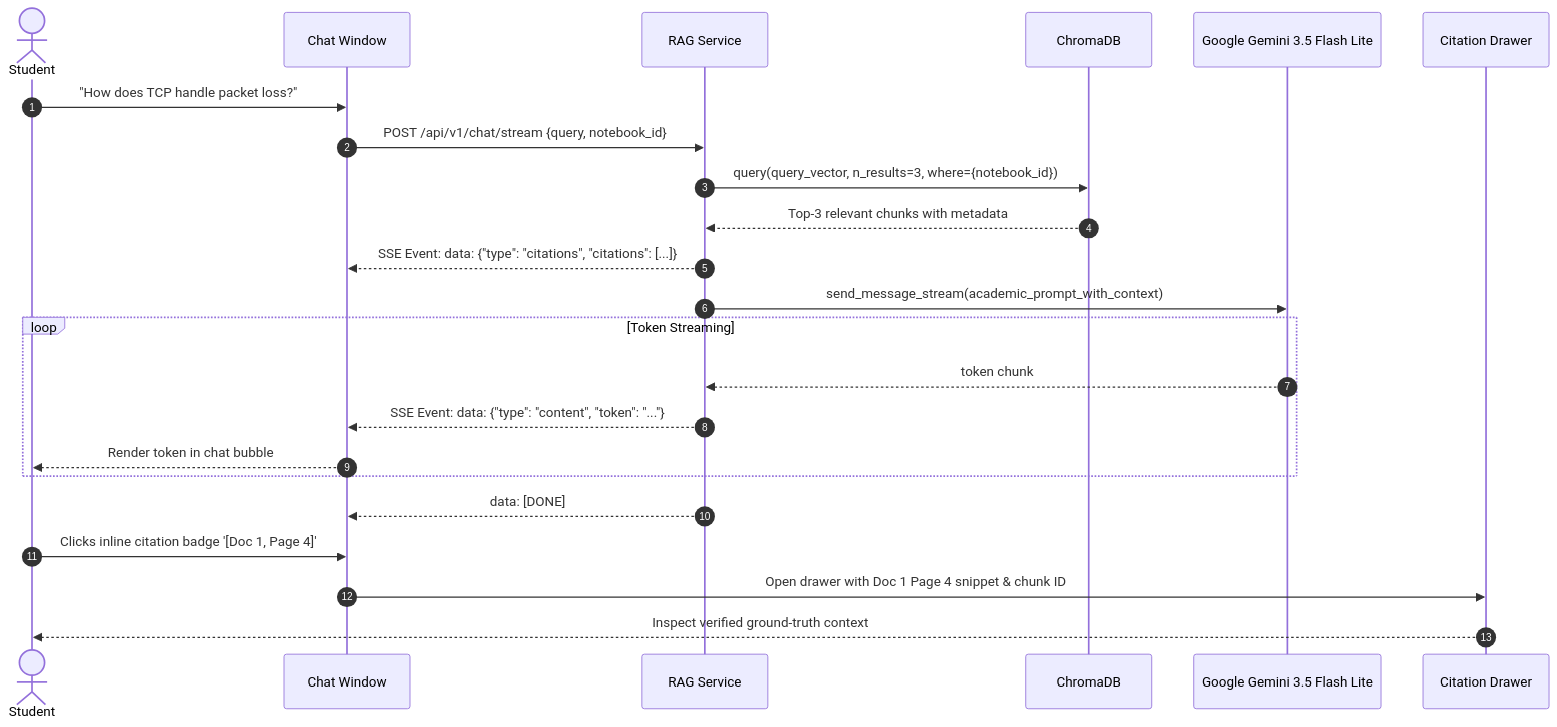
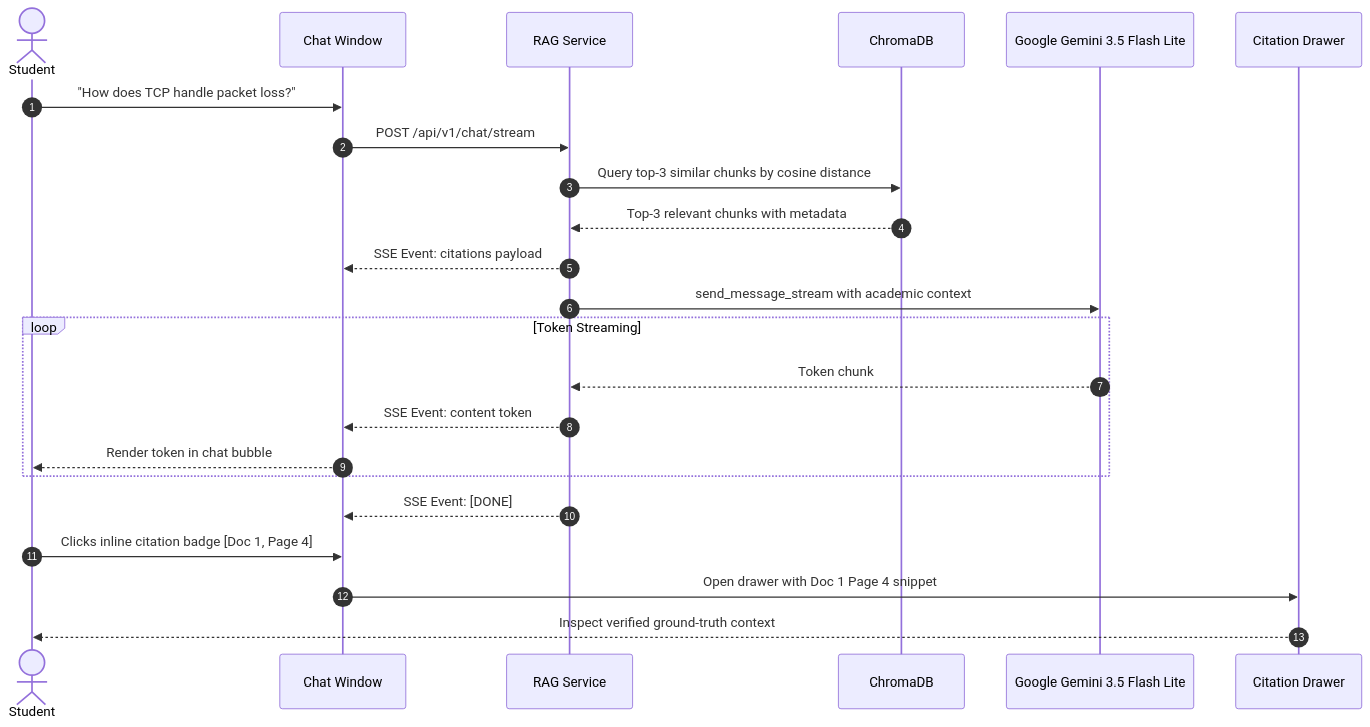
Before and after one commit to shoeb310/StudySync-AI: the third of 3 diagrams in README.md, drawn with Mermaid. The commit also changed other lines of this file, not shown here.

````diff
--- a/README.md
+++ b/README.md
@@ -117,26 +120,26 @@
 ```mermaid
 sequenceDiagram
     autonumber
     actor User as Student
     participant Chat as Chat Window
     participant Stream as RAG Service
     participant Chroma as ChromaDB
     participant Gemini as Google Gemini 3.5 Flash Lite
     participant Drawer as Citation Drawer
 
     User->>Chat: "How does TCP handle packet loss?"
-    Chat->>Stream: POST /api/v1/chat/stream {query, notebook_id}
-    Stream->>Chroma: query(query_vector, n_results=3, where={notebook_id})
+    Chat->>Stream: POST /api/v1/chat/stream
+    Stream->>Chroma: Query top-3 similar chunks by cosine distance
     Chroma-->>Stream: Top-3 relevant chunks with metadata
-    Stream-->>Chat: SSE Event: data: {"type": "citations", "citations": [...]}
-    Stream->>Gemini: send_message_stream(academic_prompt_with_context)
+    Stream-->>Chat: SSE Event: citations payload
+    Stream->>Gemini: send_message_stream with academic context
     loop Token Streaming
-        Gemini-->>Stream: token chunk
-        Stream-->>Chat: SSE Event: data: {"type": "content", "token": "..."}
+        Gemini-->>Stream: Token chunk
+        Stream-->>Chat: SSE Event: content token
         Chat-->>User: Render token in chat bubble
     end
-    Stream-->>Chat: data: [DONE]
-    User->>Chat: Clicks inline citation badge '[Doc 1, Page 4]'
-    Chat->>Drawer: Open drawer with Doc 1 Page 4 snippet & chunk ID
+    Stream-->>Chat: SSE Event: [DONE]
+    User->>Chat: Clicks inline citation badge [Doc 1, Page 4]
+    Chat->>Drawer: Open drawer with Doc 1 Page 4 snippet
     Drawer-->>User: Inspect verified ground-truth context
 ```
````
